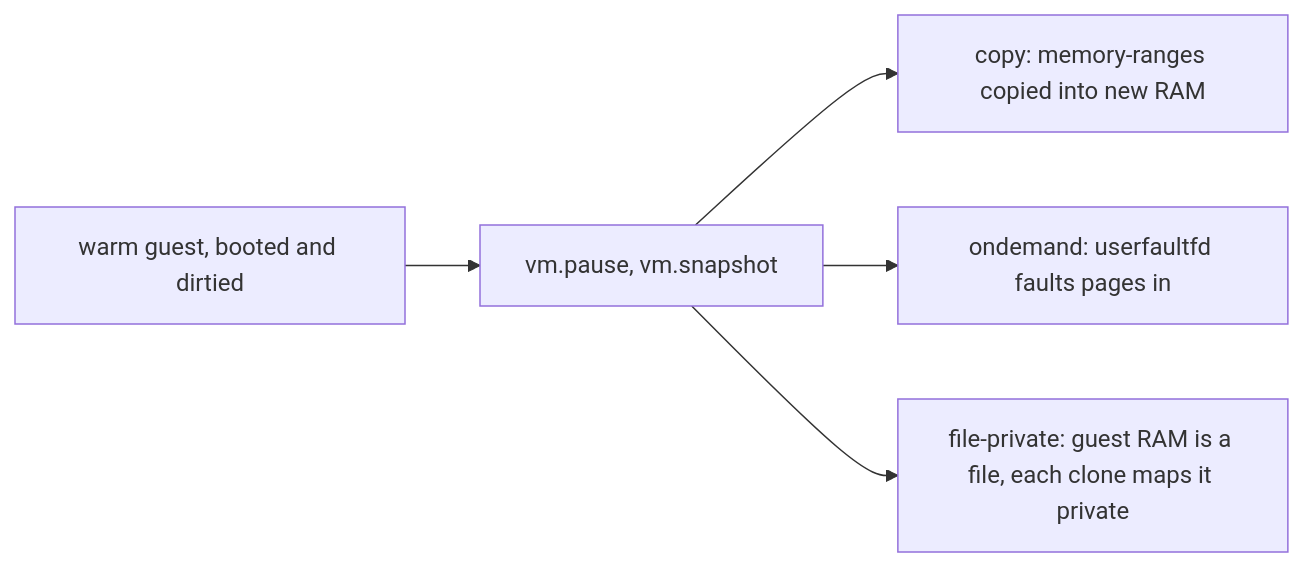
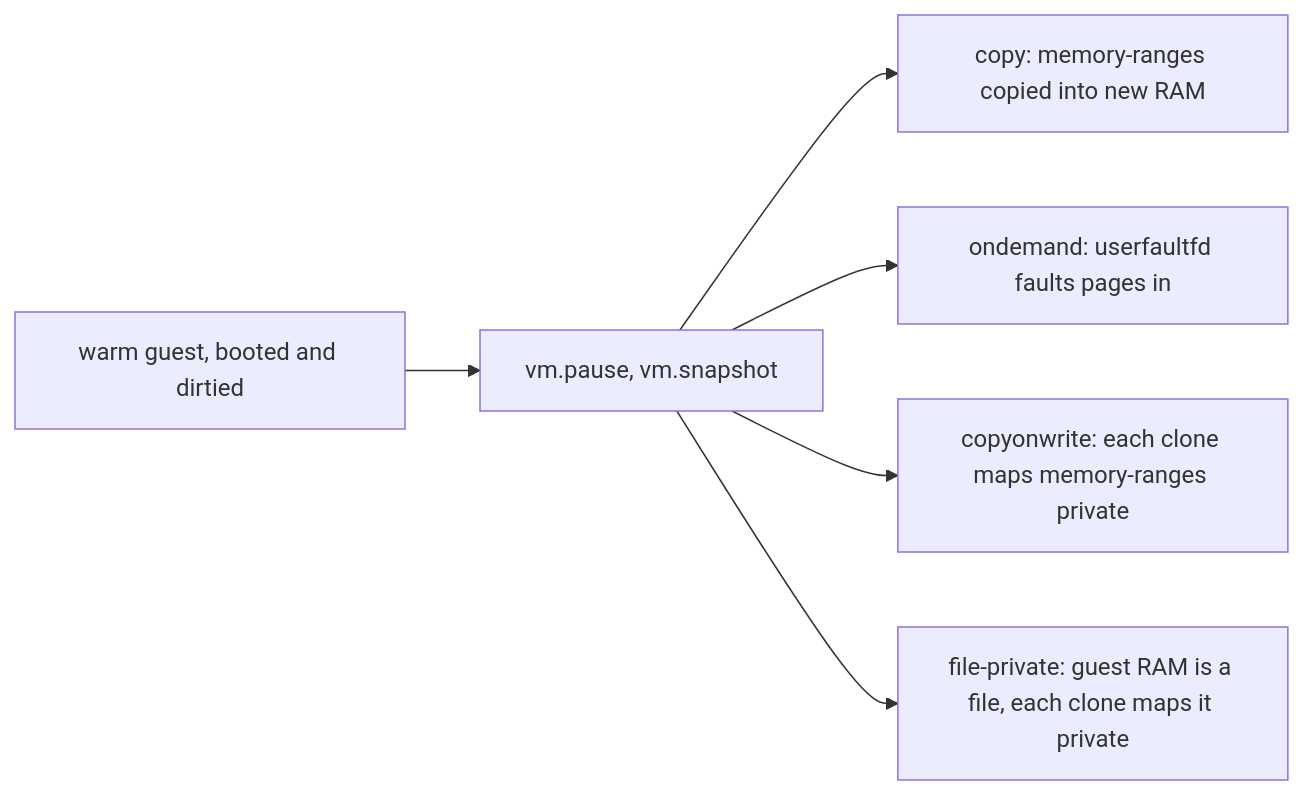
Before and after one commit to helayoty/fiberd: the diagram in hack/cloudhv/spike/README.md, drawn with Mermaid. The commit also changed other lines of this file and 3 other files, not shown here.

````diff
--- a/hack/cloudhv/spike/README.md
+++ b/hack/cloudhv/spike/README.md
@@ -19,7 +19,8 @@
 ```mermaid
 flowchart LR
   W["warm guest, booted and dirtied"] --> P["vm.pause, vm.snapshot"]
   P --> C["copy: memory-ranges copied into new RAM"]
   P --> O["ondemand: userfaultfd faults pages in"]
+  P --> V["copyonwrite: each clone maps memory-ranges private"]
   P --> F["file-private: guest RAM is a file, each clone maps it private"]
 ```
````
